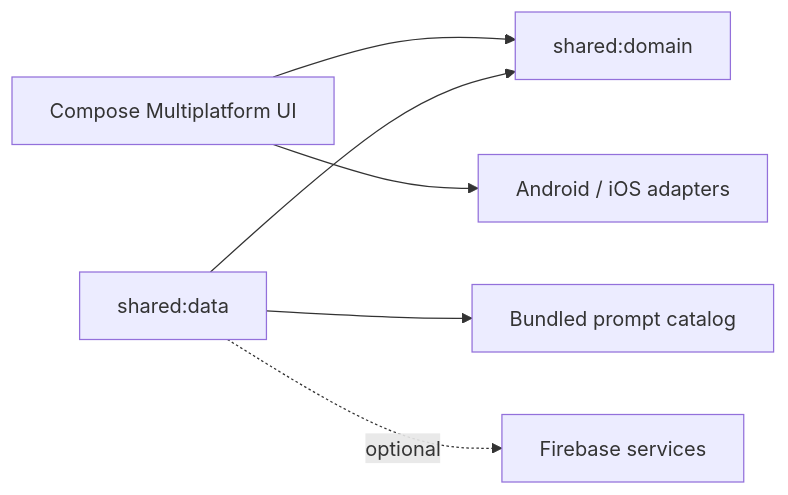
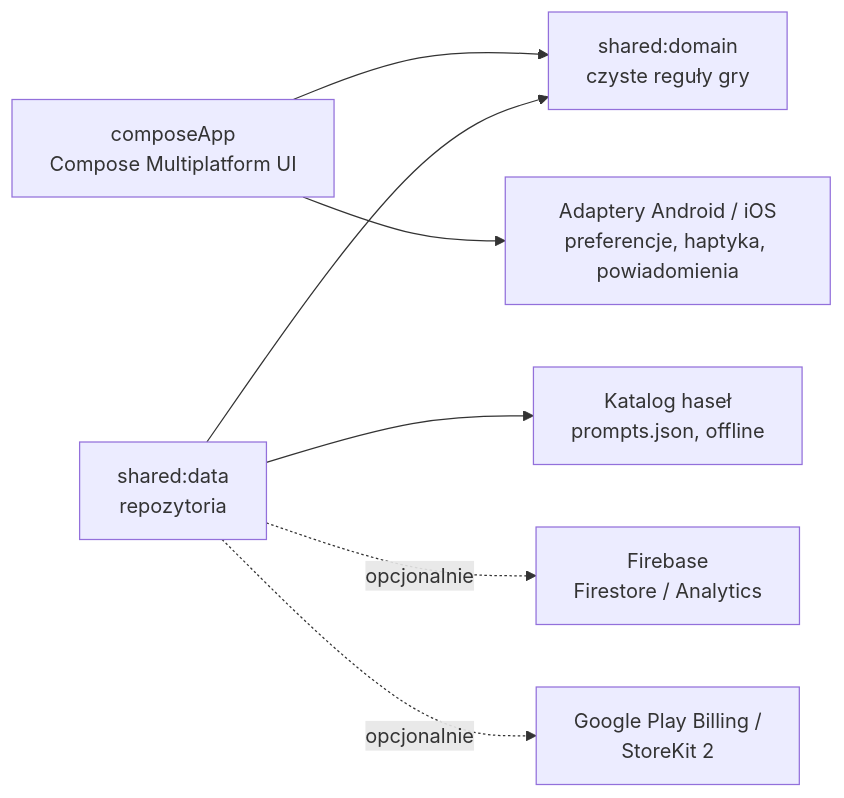
The diagram in README.md (jordanrafalm/impostor), drawn with Mermaid before and after one commit. The commit also changed other lines of this file, not shown here.

First line of the commit message:
docs: expand architecture section in README

````diff
--- a/README.md
+++ b/README.md
@@ -30,8 +32,9 @@
 ```mermaid
 flowchart LR
-    UI[Compose Multiplatform UI] --> Domain[shared:domain]
-    Data[shared:data] --> Domain
-    UI --> Platform[Android / iOS adapters]
-    Data --> Seed[Bundled prompt catalog]
-    Data -. optional .-> Firebase[Firebase services]
+    UI[composeApp<br/>Compose Multiplatform UI] --> Domain[shared:domain<br/>czyste reguły gry]
+    Data[shared:data<br/>repozytoria] --> Domain
+    UI --> Platform[Adaptery Android / iOS<br/>preferencje, haptyka, powiadomienia]
+    Data --> Seed[Katalog haseł<br/>prompts.json, offline]
+    Data -. opcjonalnie .-> Firebase[Firebase<br/>Firestore / Analytics]
+    Data -. opcjonalnie .-> Store[Google Play Billing /<br/>StoreKit 2]
 ```
````
